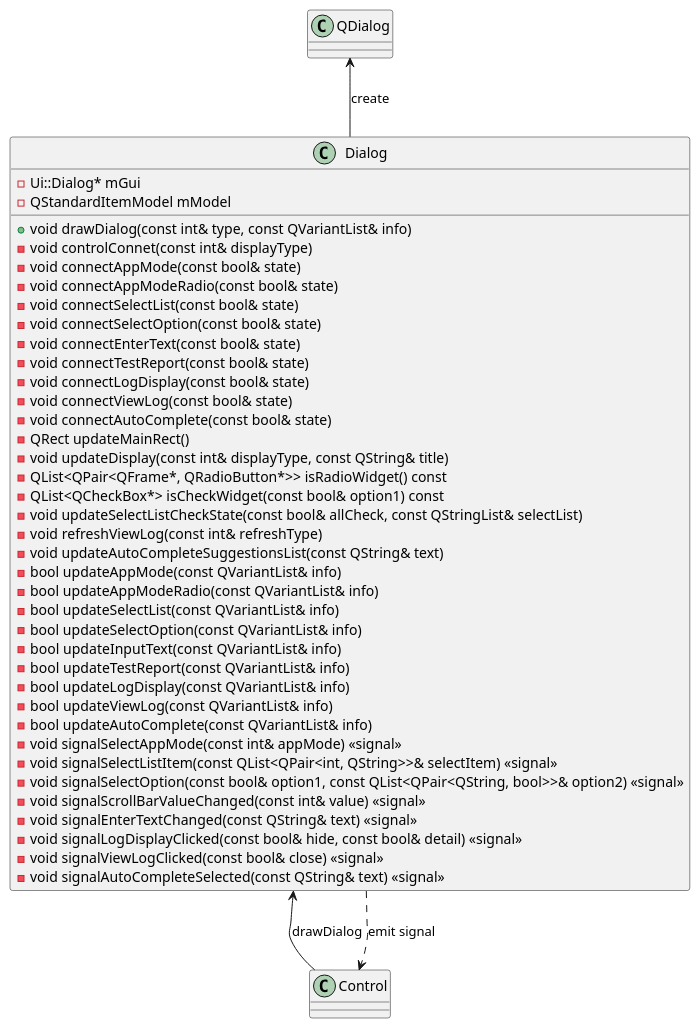
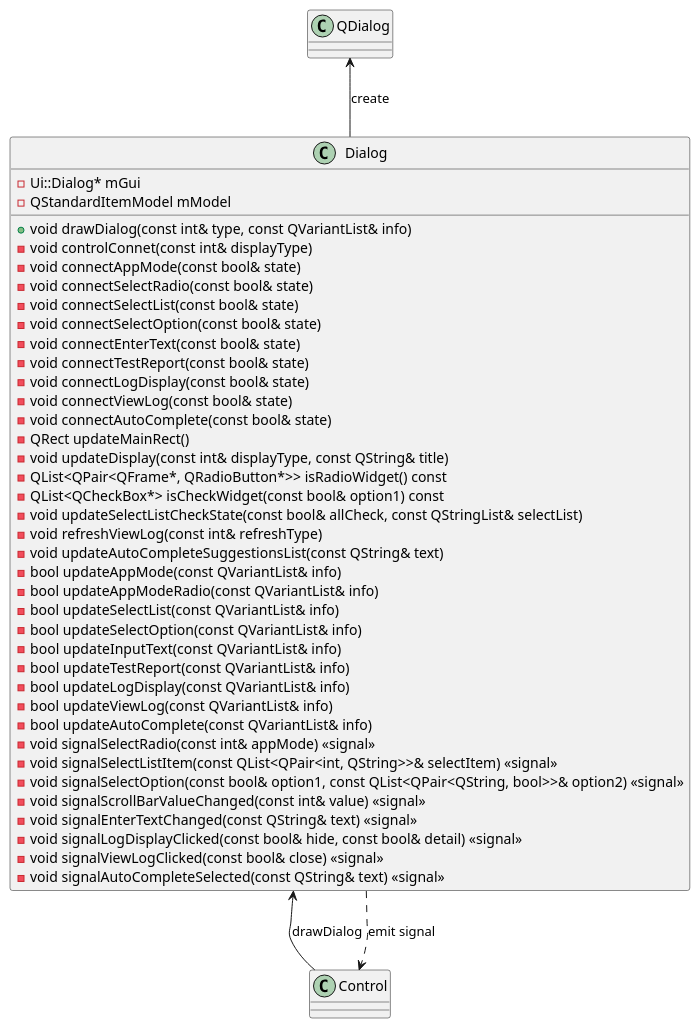
The diagram in Diagram/016_Dialog/ClassDiagram_Diaglog.plantuml (rlarudgh1997/Application), drawn with PlantUML before and after one commit. The commit also changed 27 other files, not shown here.

Commit message:
- ManualTC 시트 추가 완료  : CycleMode : 선택 팝업으로 변경  : Signal Data : Enum 입력시 Hex 값으로 변경

```diff
--- a/Diagram/016_Dialog/ClassDiagram_Diaglog.plantuml
+++ b/Diagram/016_Dialog/ClassDiagram_Diaglog.plantuml
@@ -1,100 +1,100 @@
 @startuml
 
 ' Dialog 클래스 정의
 class Dialog {
     +void drawDialog(const int& type, const QVariantList& info)
     -void controlConnet(const int& displayType)
     -void connectAppMode(const bool& state)
-    -void connectAppModeRadio(const bool& state)
+    -void connectSelectRadio(const bool& state)
     -void connectSelectList(const bool& state)
     -void connectSelectOption(const bool& state)
     -void connectEnterText(const bool& state)
     -void connectTestReport(const bool& state)
     -void connectLogDisplay(const bool& state)
     -void connectViewLog(const bool& state)
     -void connectAutoComplete(const bool& state)
     -QRect updateMainRect()
     -void updateDisplay(const int& displayType, const QString& title)
     -QList<QPair<QFrame*, QRadioButton*>> isRadioWidget() const
     -QList<QCheckBox*> isCheckWidget(const bool& option1) const
     -void updateSelectListCheckState(const bool& allCheck, const QStringList& selectList)
     -void refreshViewLog(const int& refreshType)
     -void updateAutoCompleteSuggestionsList(const QString& text)
     -bool updateAppMode(const QVariantList& info)
     -bool updateAppModeRadio(const QVariantList& info)
     -bool updateSelectList(const QVariantList& info)
     -bool updateSelectOption(const QVariantList& info)
     -bool updateInputText(const QVariantList& info)
     -bool updateTestReport(const QVariantList& info)
     -bool updateLogDisplay(const QVariantList& info)
     -bool updateViewLog(const QVariantList& info)
     -bool updateAutoComplete(const QVariantList& info)
 
     ' -int getDialogType()
     ' -void setDialogType(const int& dialogType)
     ' -int getPrevDialogType()
     ' -void setPrevDialogType(const int& prevDialogType)
     ' -QVariantList getDialogInfo()
     ' -void setDialogInfo(const QVariantList& dialogInfo)
     ' -QVariantList getPrevDialogInfo()
     ' -void setPrevDialogInfo(const QVariantList& prevDialogInfo)
     ' -bool getKeepDialog()
     ' -void setKeepDialog(const bool& keepDialog)
     ' -int getDisplayType()
     ' -void setDisplayType(const int& displayType)
     ' -int getPrevDisplayType()
     ' -void setPrevDisplayType(const int& prevDisplayType)
     ' -int getAppMode()
     ' -void setAppMode(const int& appMode)
     ' -QRect getScreenRect()
     ' -void setScreenRect(const QRect& screenRect)
     ' -bool getSelectAll()
     ' -void setSelectAll(const bool& selectAll)
     ' -bool getMultiCheck()
     ' -void setMultiCheck(const bool& multiCheck)
     ' -int getCheckModelIndex()
     ' -void setCheckModelIndex(const int& checkModelIndex)
     ' -bool getFindLog()
     ' -void setFindLog(const bool& findLog)
     ' -bool getViewLogStop()
     ' -void setViewLogStop(const bool& viewLogStop)
     ' -QStringList getAutoCompleteList()
     ' -void setAutoCompleteList(const QStringList& autoCompleteList)
 
-    -void signalSelectAppMode(const int& appMode) <<signal>>
+    -void signalSelectRadio(const int& appMode) <<signal>>
     -void signalSelectListItem(const QList<QPair<int, QString>>& selectItem) <<signal>>
     -void signalSelectOption(const bool& option1, const QList<QPair<QString, bool>>& option2) <<signal>>
     -void signalScrollBarValueChanged(const int& value) <<signal>>
     -void signalEnterTextChanged(const QString& text) <<signal>>
     -void signalLogDisplayClicked(const bool& hide, const bool& detail) <<signal>>
     -void signalViewLogClicked(const bool& close) <<signal>>
     -void signalAutoCompleteSelected(const QString& text) <<signal>>
 
     -Ui::Dialog* mGui
     -QStandardItemModel mModel
 	' -int mDialogType
     ' -int mPrevDialogType
     ' -QVariantList mDialogInfo
     ' -QVariantList mPrevDialogInfo
     ' -bool mKeepDialog
     ' -int mDisplayType
     ' -int mPrevDisplayType
     ' -int mAppMode
     ' -QRect mScreenRect
     ' -bool mSelectAll
     ' -bool mMultiCheck
     ' -int mCheckModelIndex
     ' -bool mFindLog
     ' -bool mViewLogStop
     ' -QStringList mAutoCompleteList
 }
 
 
 ' 클래스 간의 관계 정의
 QDialog <-- Dialog : create
 
 Dialog <-- Control : drawDialog
 Dialog ..> Control : emit signal
 
 
 @enduml
```
